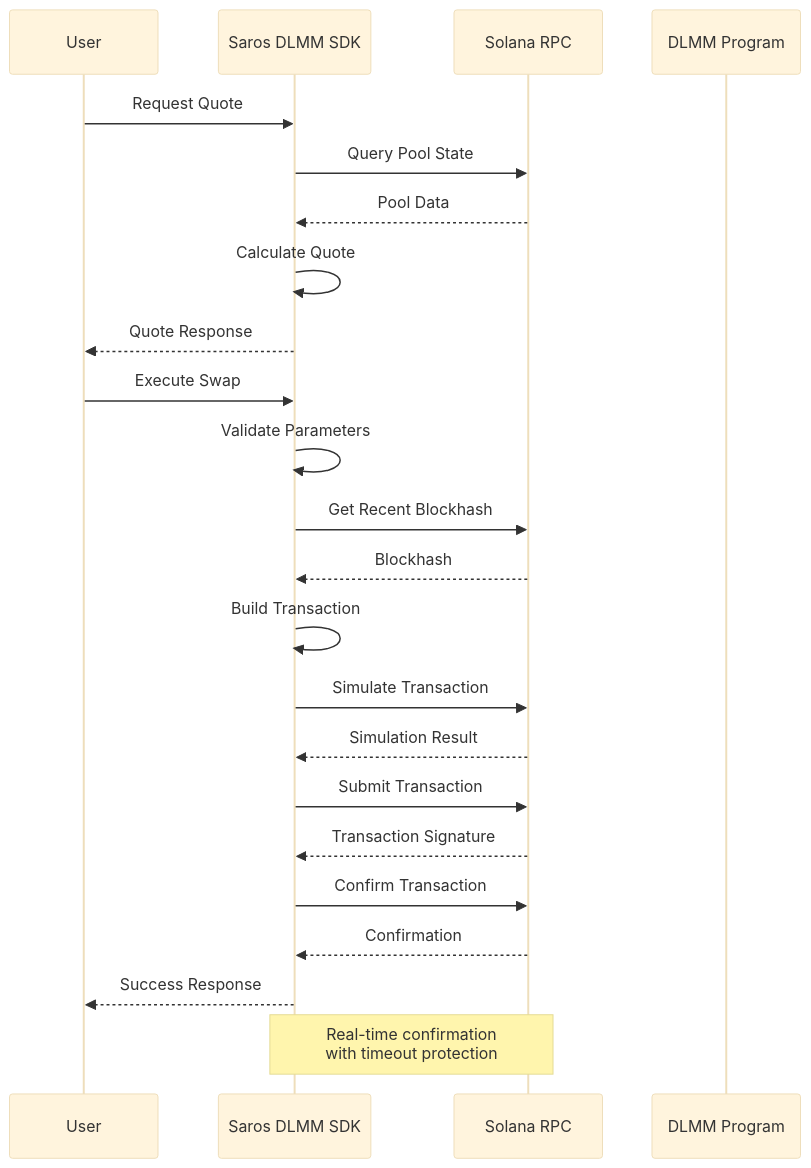
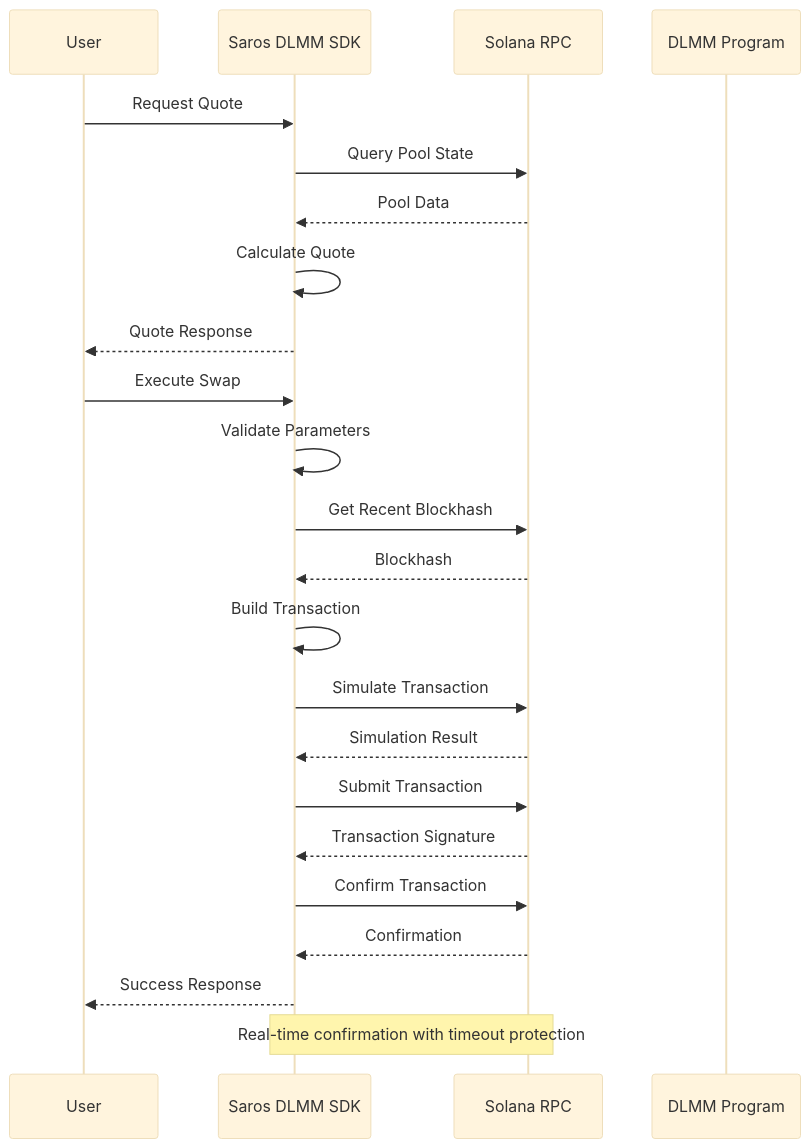
The second of 2 diagrams in docs/README.md (saros-xyz/dlmm-saros-sdk), drawn with Mermaid (base theme) before and after one commit. The commit also changed other lines of this file and 1 other file, not shown here.

````diff
--- a/docs/README.md
+++ b/docs/README.md
@@ -217,28 +143,28 @@
 ```mermaid
 sequenceDiagram
     participant U as User
     participant SDK as Saros DLMM SDK
     participant RPC as Solana RPC
     participant PROG as DLMM Program
 
     U->>SDK: Request Quote
     SDK->>RPC: Query Pool State
     RPC-->>SDK: Pool Data
     SDK->>SDK: Calculate Quote
     SDK-->>U: Quote Response
 
     U->>SDK: Execute Swap
     SDK->>SDK: Validate Parameters
     SDK->>RPC: Get Recent Blockhash
     RPC-->>SDK: Blockhash
     SDK->>SDK: Build Transaction
     SDK->>RPC: Simulate Transaction
     RPC-->>SDK: Simulation Result
     SDK->>RPC: Submit Transaction
     RPC-->>SDK: Transaction Signature
     SDK->>RPC: Confirm Transaction
     RPC-->>SDK: Confirmation
     SDK-->>U: Success Response
 
-    Note over SDK,RPC: Real-time confirmation<br/>with timeout protection
+    Note over SDK,RPC: Real-time confirmation with timeout protection
 ```
````
